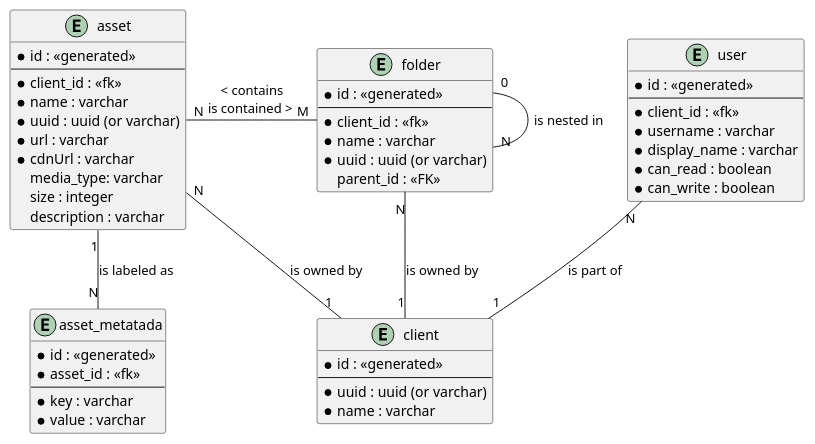
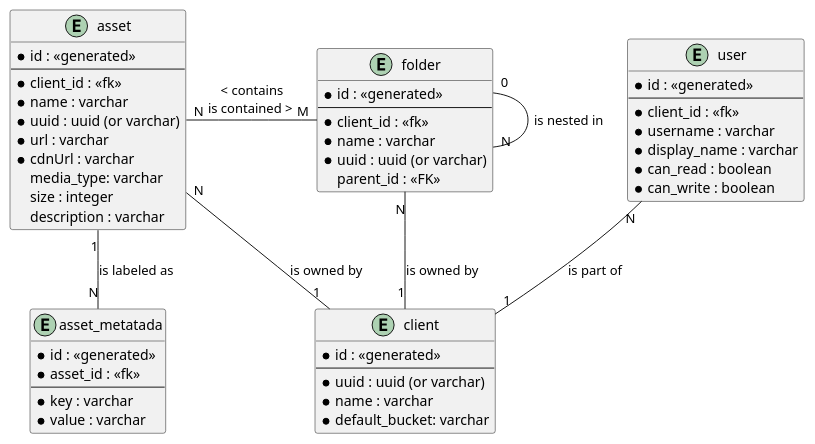
One commit to civitz/example-assignment changed the diagram in exercise2/entities.puml. Above: the diagram before and after it, drawn with PlantUML. The commit also changed 1 other file, not shown here.

Commit message:
Ex2: architecture considerations

```diff
--- a/exercise2/entities.puml
+++ b/exercise2/entities.puml
@@ -1,57 +1,58 @@
 @startuml
 
 entity asset {
     * id : <<generated>>
     ---
     * client_id : <<fk>>
     * name : varchar
     * uuid : uuid (or varchar)
     * url : varchar
     * cdnUrl : varchar
     media_type: varchar
     size : integer
     description : varchar
 }
 
 entity folder {
     * id : <<generated>>
     ---
     * client_id : <<fk>>
     * name : varchar
     * uuid : uuid (or varchar)
     parent_id : <<FK>>
 }
 
 entity asset_metatada {
     * id : <<generated>>
     * asset_id : <<fk>>
     ---
     * key : varchar
     * value : varchar
 }
 
 entity client {
     * id : <<generated>>
     ---
     * uuid : uuid (or varchar)
     * name : varchar
+    * default_bucket: varchar
 }
 
 entity user {
     * id : <<generated>>
     ---
     * client_id : <<fk>>
     * username : varchar
     * display_name : varchar
     * can_read : boolean
     * can_write : boolean
 }
 
 folder "0"--"N" folder : is nested in 
 asset "N"-right-"M" folder : " < contains \n is contained >  "
 asset "1"--"N" asset_metatada : is labeled as
 user "N"--"1" client : is part of
 asset "N"--"1" client : is owned by
 folder "N"--"1" client : is owned by
 
 @enduml
```
